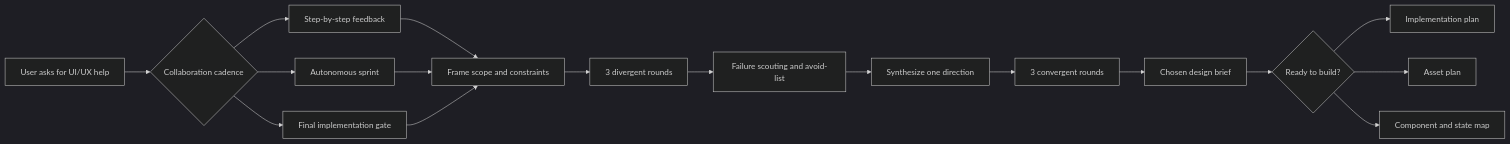
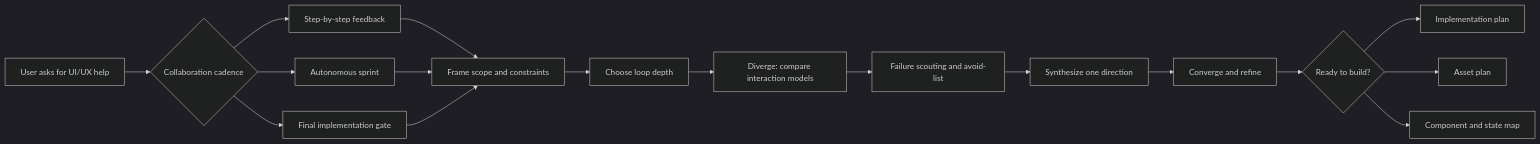
The diagram in README.md (1aday/gpt-ui-ux-collaboration-designer), drawn with Mermaid (dark theme) before and after one commit. The commit also changed other lines of this file and 7 other files, not shown here.

````diff
--- a/README.md
+++ b/README.md
@@ -72,19 +98,19 @@
 ```mermaid
 flowchart LR
   A[User asks for UI/UX help] --> B{Collaboration cadence}
   B --> C[Step-by-step feedback]
   B --> D[Autonomous sprint]
   B --> E[Final implementation gate]
   C --> F[Frame scope and constraints]
   D --> F
   E --> F
-  F --> G[3 divergent rounds]
-  G --> H[Failure scouting and avoid-list]
-  H --> I[Synthesize one direction]
-  I --> J[3 convergent rounds]
-  J --> K[Chosen design brief]
+  F --> G[Choose loop depth]
+  G --> H[Diverge: compare interaction models]
+  H --> I[Failure scouting and avoid-list]
+  I --> J[Synthesize one direction]
+  J --> K[Converge and refine]
   K --> L{Ready to build?}
   L --> M[Implementation plan]
   L --> N[Asset plan]
   L --> O[Component and state map]
 ```
````
